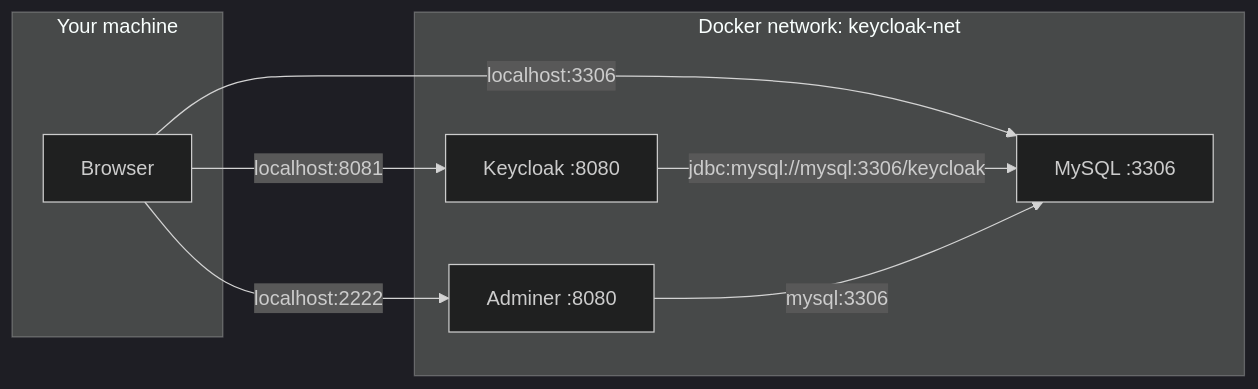
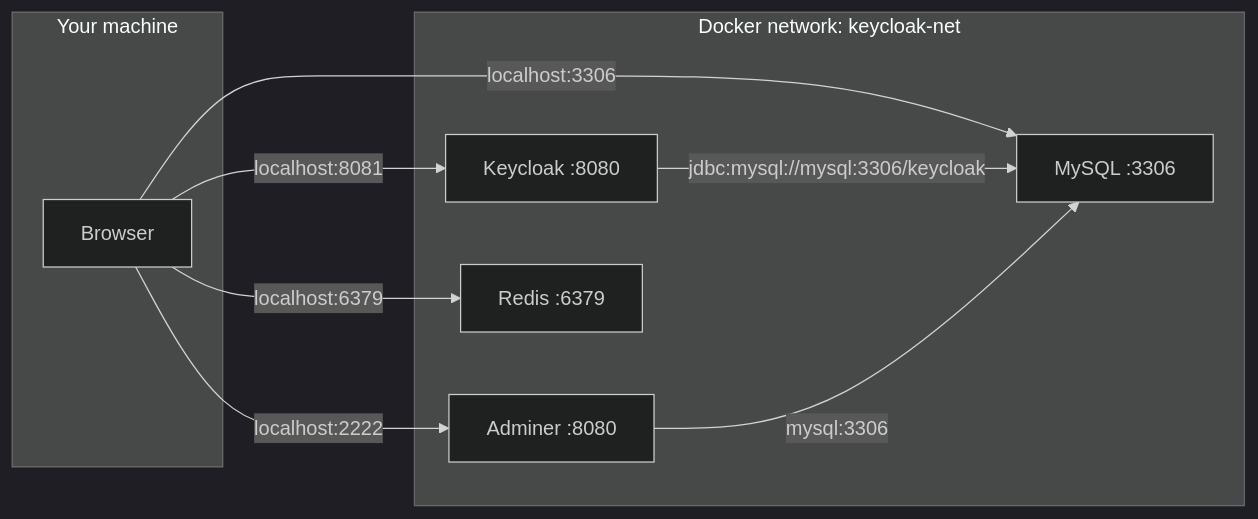
Before and after one commit to happy2share/user-management-platform: the diagram in iam/keycloak/README.md, drawn with Mermaid (dark theme). The commit also changed other lines of this file and 117 other files, not shown here.

````diff
--- a/iam/keycloak/README.md
+++ b/iam/keycloak/README.md
@@ -310,18 +315,20 @@
 ```mermaid
 flowchart LR
   subgraph host["Your machine"]
     Browser
   end
 
   subgraph docker["Docker network: keycloak-net"]
     Keycloak["Keycloak :8080"]
     Adminer["Adminer :8080"]
     MySQL["MySQL :3306"]
+    Redis["Redis :6379"]
   end
 
   Browser -->|"localhost:8081"| Keycloak
   Browser -->|"localhost:2222"| Adminer
   Browser -->|"localhost:3306"| MySQL
+  Browser -->|"localhost:6379"| Redis
   Keycloak -->|"jdbc:mysql://mysql:3306/keycloak"| MySQL
   Adminer -->|"mysql:3306"| MySQL
 ```
````
